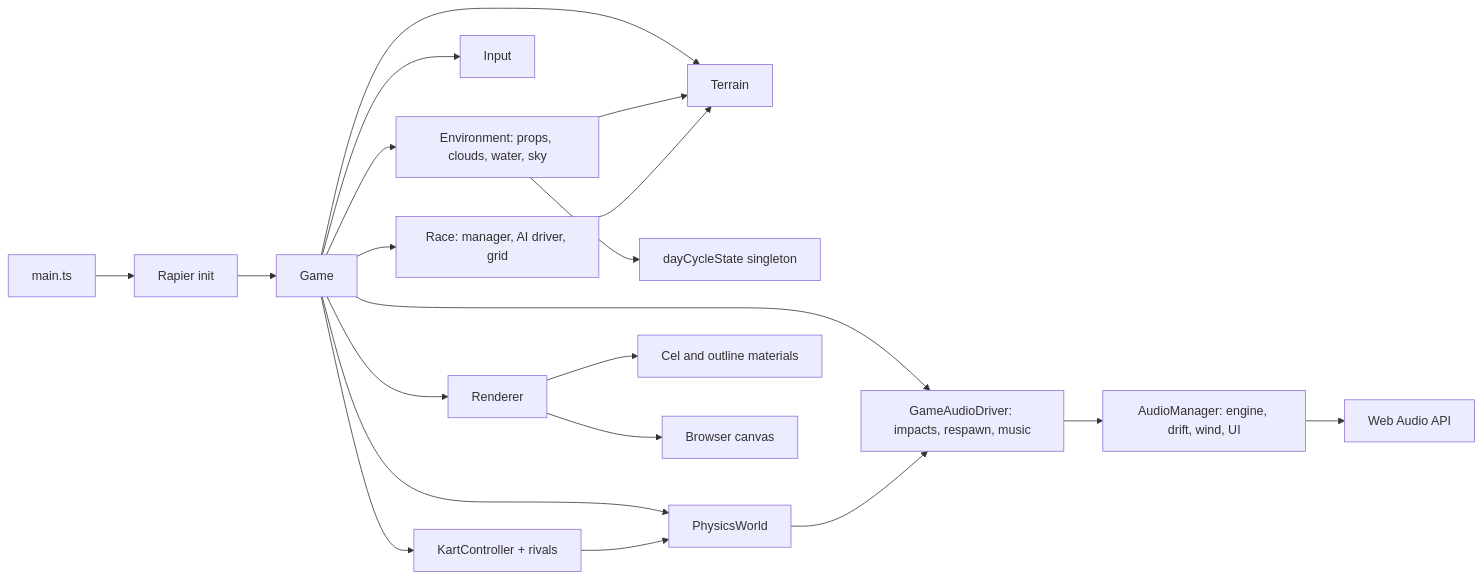
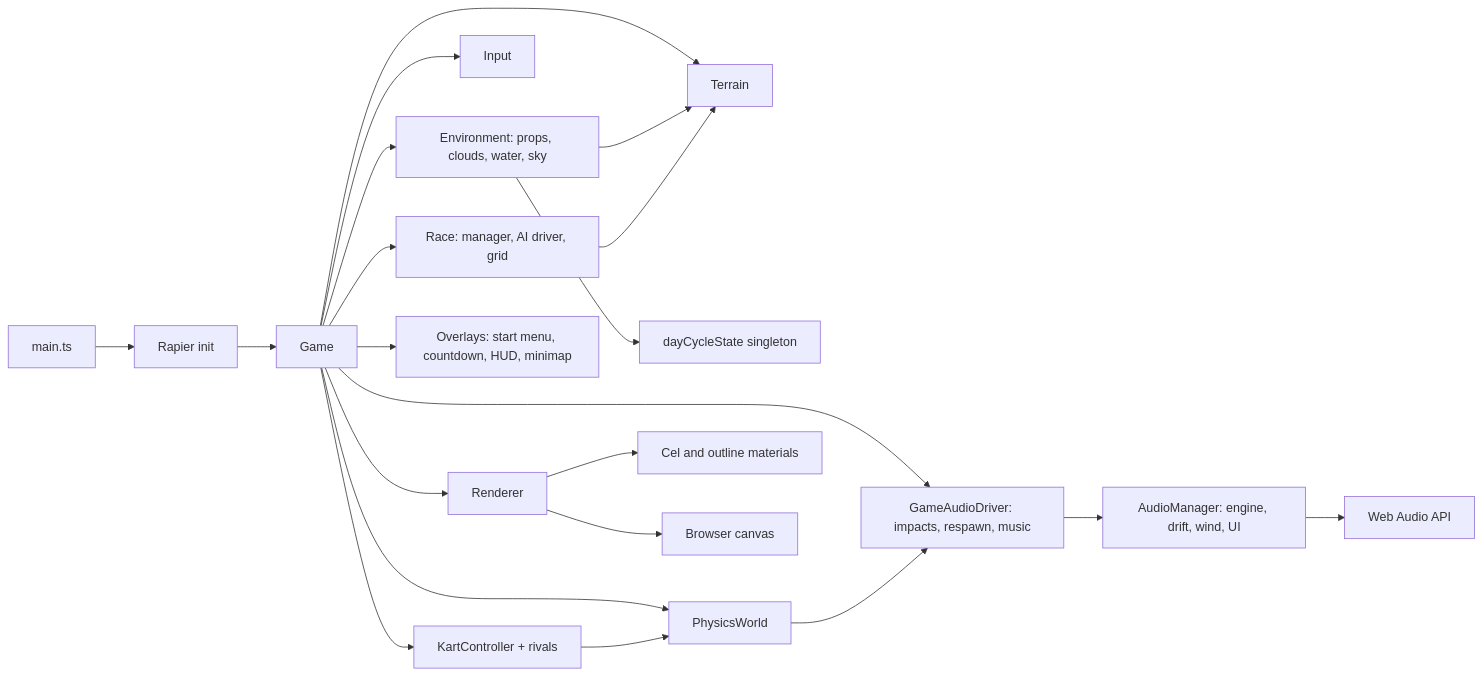
The diagram in AGENTS.md (jjgroenendijk/cart-game), drawn with Mermaid before and after one commit. The commit also changed 3 other files, not shown here.

````diff
--- a/AGENTS.md
+++ b/AGENTS.md
@@ -23,22 +23,23 @@
 ```mermaid
 flowchart LR
   main[main.ts] --> rapier[Rapier init]
   rapier --> game[Game]
   game --> terrain[Terrain]
   game --> env[Environment: props, clouds, water, sky]
   env --> dayCycle[dayCycleState singleton]
   env --> terrain
   game --> input[Input]
   game --> physics[PhysicsWorld]
   game --> kart[KartController + rivals]
   kart --> physics
   game --> race[Race: manager, AI driver, grid]
   race --> terrain
   game --> gameAudio[GameAudioDriver: impacts, respawn, music]
   physics --> gameAudio
   gameAudio --> audio[AudioManager: engine, drift, wind, UI]
   audio --> webaudio[Web Audio API]
+  game --> ui[Overlays: start menu, countdown, HUD, minimap]
   game --> renderer[Renderer]
   renderer --> materials[Cel and outline materials]
   renderer --> canvas[Browser canvas]
 ```
````
